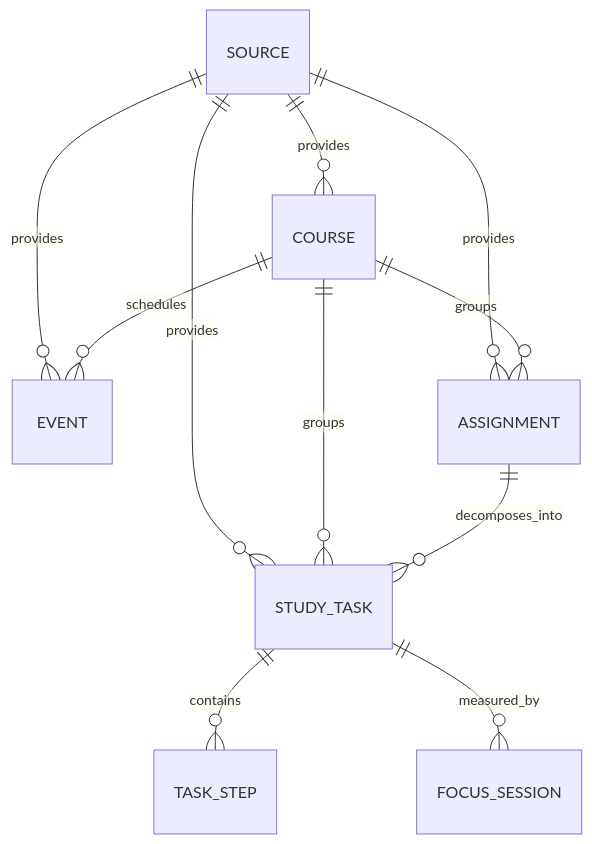
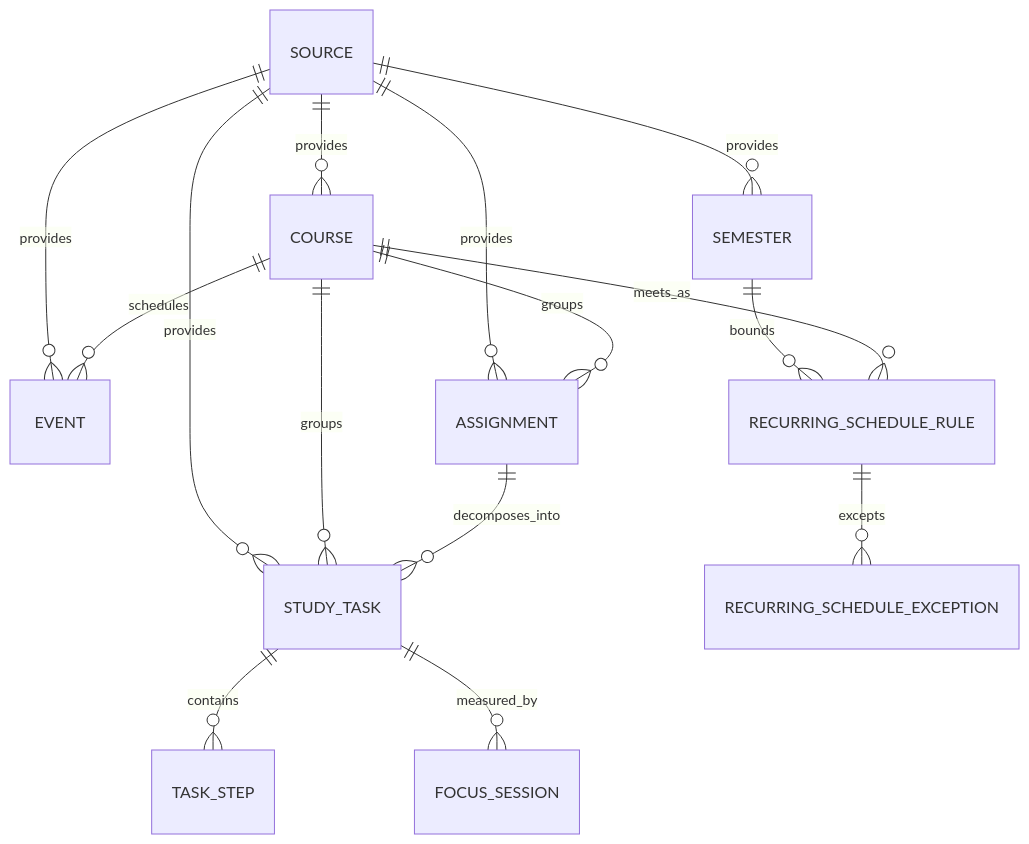
One commit to wowuwewn/study-os changed the diagram in docs/data-model.md. Above: the diagram before and after it, drawn with Mermaid. The commit also changed other lines of this file and 22 other files, not shown here.

````diff
--- a/docs/data-model.md
+++ b/docs/data-model.md
@@ -15,13 +18,17 @@
 ```mermaid
 erDiagram
   SOURCE ||--o{ COURSE : provides
   SOURCE ||--o{ EVENT : provides
   SOURCE ||--o{ ASSIGNMENT : provides
   SOURCE ||--o{ STUDY_TASK : provides
+  SOURCE ||--o{ SEMESTER : provides
   COURSE ||--o{ EVENT : schedules
+  SEMESTER ||--o{ RECURRING_SCHEDULE_RULE : bounds
+  COURSE ||--o{ RECURRING_SCHEDULE_RULE : meets_as
+  RECURRING_SCHEDULE_RULE ||--o{ RECURRING_SCHEDULE_EXCEPTION : excepts
   COURSE ||--o{ ASSIGNMENT : groups
   COURSE ||--o{ STUDY_TASK : groups
   ASSIGNMENT ||--o{ STUDY_TASK : decomposes_into
   STUDY_TASK ||--o{ TASK_STEP : contains
   STUDY_TASK ||--o{ FOCUS_SESSION : measured_by
 ```
````
